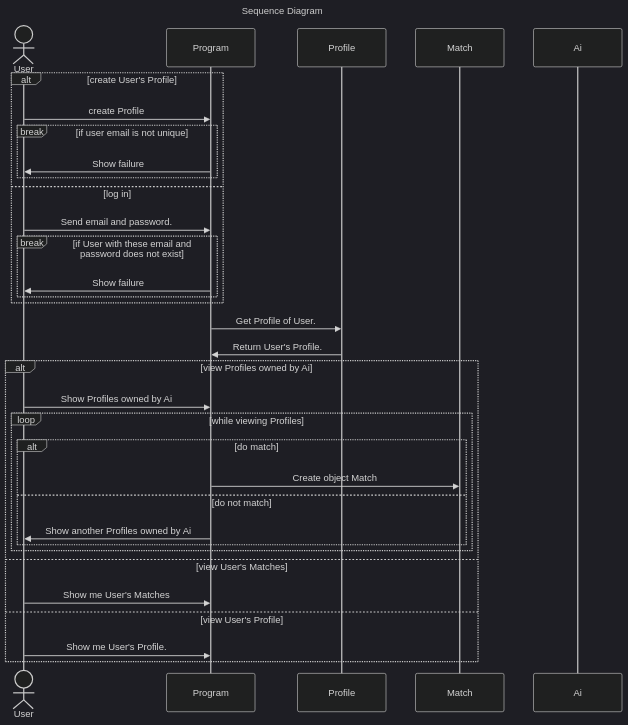
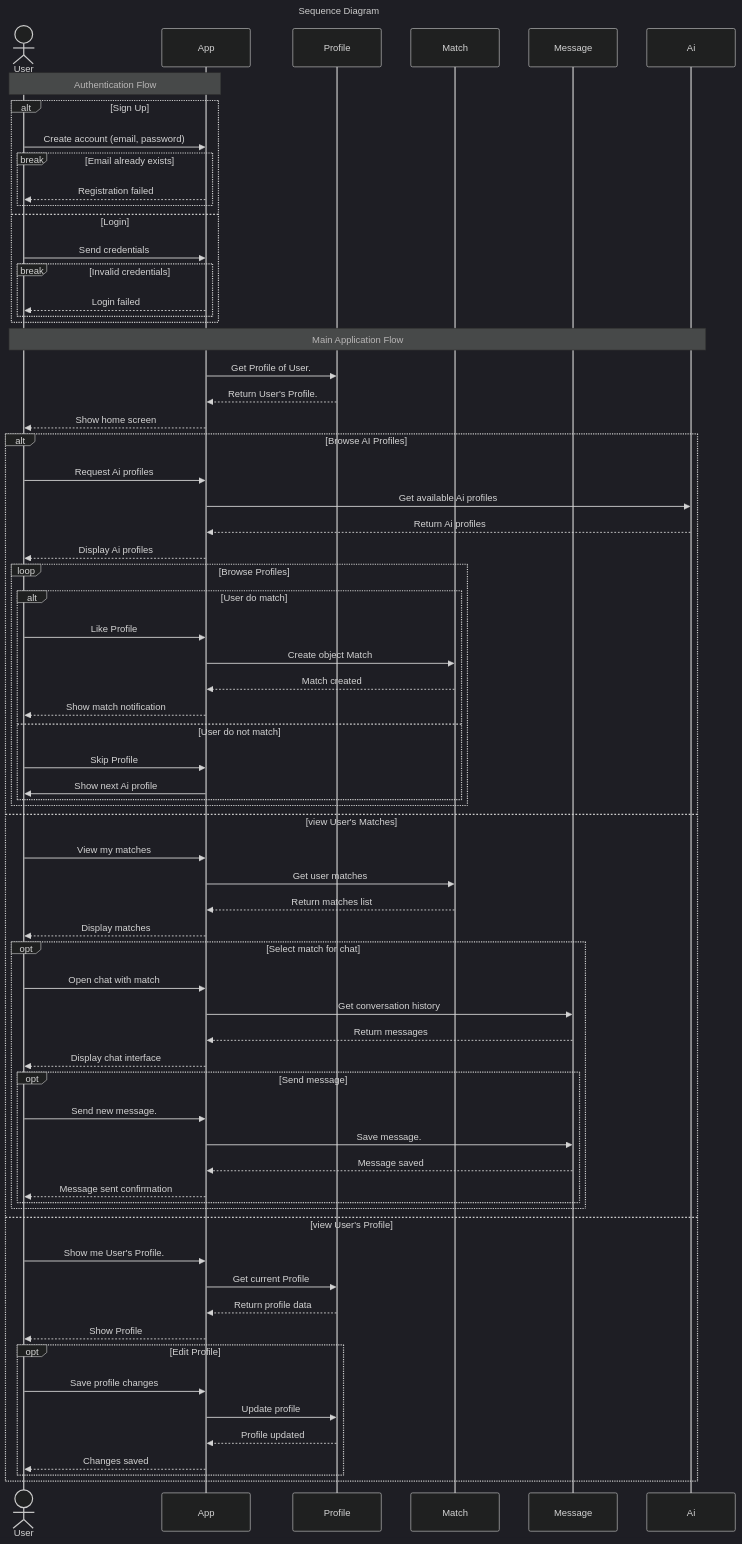
Before and after one commit to MaribelSR/tAInder: the diagram in docs/sequence.md, drawn with Mermaid (dark theme).

Commit message:
docs: Completed sequence.md

````diff
--- a/docs/sequence.md
+++ b/docs/sequence.md
@@ -1,50 +1,82 @@
 ```mermaid
 ---
 title: Sequence Diagram
 ---
 sequenceDiagram
 actor User
-participant Program
+participant App
 participant Profile
 participant Match
+participant Message
 participant Ai
 
-alt create User's Profile
-    User->>Program: create Profile
-    break if user email is not unique
-        Program->>User: Show failure
+Note over User, App: Authentication Flow
+alt Sign Up
+    User->>App: Create account (email, password)
+    break Email already exists
+        App-->>User: Registration failed
     end
-else log in
-    User->>Program: Send email and password.
-    break if User with these email and password does not exist
-        Program->>User: Show failure
+else Login
+    User->>App: Send credentials
+    break Invalid credentials
+        App-->>User: Login failed
     end
 end
 
-Program->>Profile: Get Profile of User.
-Profile->>Program: Return User's Profile.
+Note over User, Ai: Main Application Flow
+App->>Profile: Get Profile of User.
+Profile-->>App: Return User's Profile.
+App-->>User: Show home screen
 
-alt view Profiles owned by Ai
-    User->>Program: Show Profiles owned by Ai
-    loop while viewing Profiles
-        alt do match
-            Program->>Match: Create object Match
-        else do not match
-            Program->>User: Show another Profiles owned by Ai
+alt Browse AI Profiles
+    User->>App: Request Ai profiles
+    App->>Ai: Get available Ai profiles
+    Ai-->>App: Return Ai profiles
+    App-->>User: Display Ai profiles
+
+    loop Browse Profiles
+        alt User do match
+            User->>App: Like Profile
+            App->>Match: Create object Match
+            Match-->>App: Match created
+            App-->>User: Show match notification
+        else User do not match
+            User->>App: Skip Profile
+            App->>User: Show next Ai profile
         end
     end
+
 else view User's Matches
-    User->>Program: Show me User's Matches
-    
+    User->>App: View my matches
+    App->>Match: Get user matches
+    Match-->>App: Return matches list
+    App-->>User: Display matches
+
+    opt Select match for chat
+        User->>App: Open chat with match
+        App->>Message: Get conversation history
+        Message-->>App: Return messages
+        App-->>User: Display chat interface
+
+        opt Send message
+            User->>App: Send new message.
+            App->>Message: Save message.
+            Message-->>App: Message saved
+            App-->>User: Message sent confirmation
+       end
+    end
+
 else view User's Profile
-    User->>Program: Show me User's Profile.
+    User->>App: Show me User's Profile.
+    App->>Profile: Get current Profile
+    Profile-->>App: Return profile data
+    App-->>User: Show Profile
+
+    opt Edit Profile
+        User->>App: Save profile changes
+        App->>Profile: Update profile
+        Profile-->>App: Profile updated
+        App-->>User: Changes saved
+    end
 end
-
-
-
-
-
-
-
-
 ```
````
